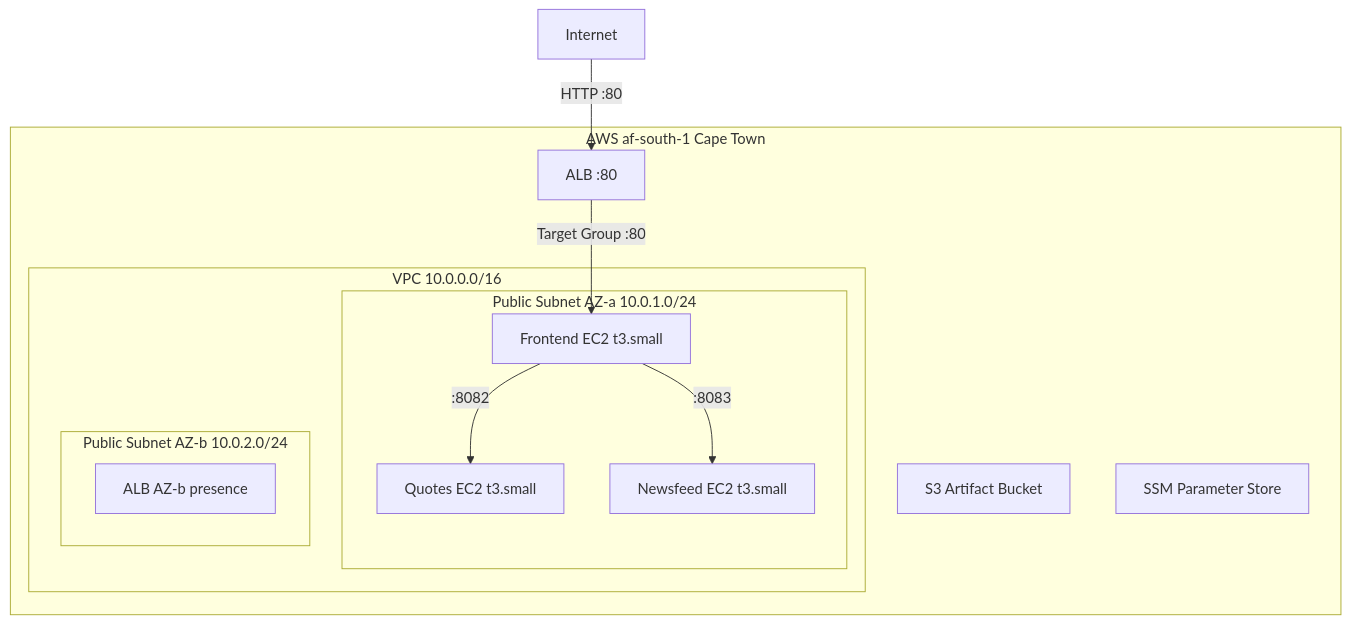
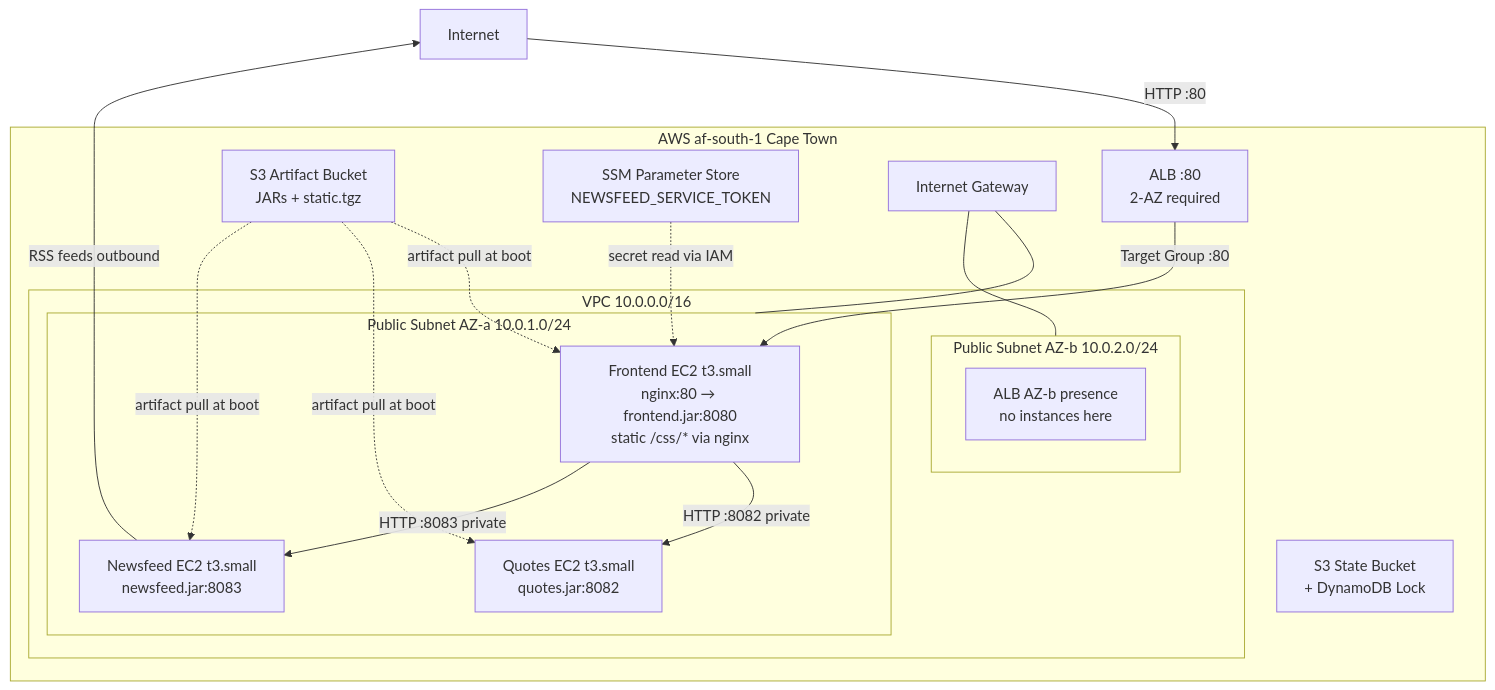
Before and after one commit to Sanveer-Singh/Melio-infra-problem: the diagram in docs/architecture.md, drawn with Mermaid. The commit also changed other lines of this file and 6 other files, not shown here.

Commit message:
docs: update README, architecture, future-work, trade-offs with assessment requirements and practical scoping decisions for interview.

````diff
--- a/docs/architecture.md
+++ b/docs/architecture.md
@@ -11,23 +9,34 @@
 ```mermaid
 graph TB
     Internet["Internet"]
+
     subgraph aws ["AWS af-south-1 Cape Town"]
         subgraph vpc ["VPC 10.0.0.0/16"]
             subgraph pubSubnetA ["Public Subnet AZ-a 10.0.1.0/24"]
-                FE["Frontend EC2 t3.small"]
-                QT["Quotes EC2 t3.small"]
-                NF["Newsfeed EC2 t3.small"]
+                FE["Frontend EC2 t3.small\nnginx:80 → frontend.jar:8080\nstatic /css/* via nginx"]
+                QT["Quotes EC2 t3.small\nquotes.jar:8082"]
+                NF["Newsfeed EC2 t3.small\nnewsfeed.jar:8083"]
             end
             subgraph pubSubnetB ["Public Subnet AZ-b 10.0.2.0/24"]
-                ALBSpan["ALB AZ-b presence"]
+                ALBSpan["ALB AZ-b presence\nno instances here"]
             end
         end
-        ALB["ALB :80"]
-        S3["S3 Artifact Bucket"]
-        SSM["SSM Parameter Store"]
+        ALB["ALB :80\n2-AZ required"]
+        S3Art["S3 Artifact Bucket\nJARs + static.tgz"]
+        S3State["S3 State Bucket\n+ DynamoDB Lock"]
+        SSM["SSM Parameter Store\nNEWSFEED_SERVICE_TOKEN"]
+        IGW["Internet Gateway"]
     end
+
     Internet -->|"HTTP :80"| ALB
     ALB -->|"Target Group :80"| FE
-    FE -->|":8082"| QT
-    FE -->|":8083"| NF
+    FE -->|"HTTP :8082 private"| QT
+    FE -->|"HTTP :8083 private"| NF
+    NF -->|"RSS feeds outbound"| Internet
+    S3Art -.->|"artifact pull at boot"| FE
+    S3Art -.->|"artifact pull at boot"| QT
+    S3Art -.->|"artifact pull at boot"| NF
+    SSM -.->|"secret read via IAM"| FE
+    IGW --- pubSubnetA
+    IGW --- pubSubnetB
 ```
````
